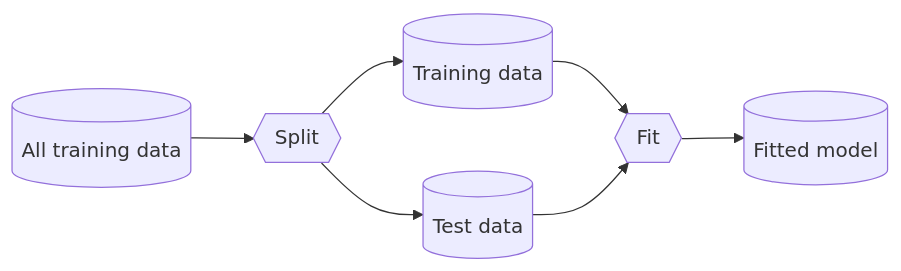
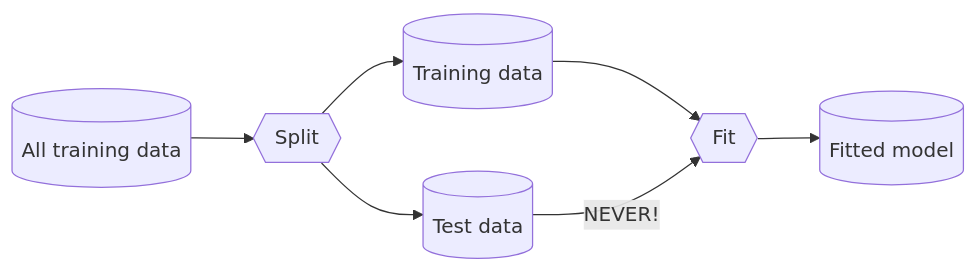
Before and after one commit to Calvin-Data-Science/data202: the second of 2 diagrams in units/09supervised-intro/w09-supervised.qmd, drawn with Mermaid. The commit also changed other lines of this file, not shown here.

````diff
--- a/units/09supervised-intro/w09-supervised.qmd
+++ b/units/09supervised-intro/w09-supervised.qmd
@@ -234,11 +201,11 @@
 ```{mermaid}
 %%| echo: false
 
 flowchart LR
     A1[("All training data")] --> B{{Split}}
     B --> A2[("Training data")]
     B --> A3[("Test data")]
     A2 --> C{{Fit}}
-    A3 --> C
+    A3 -->|NEVER!| C
     C --> D[("Fitted model")]
 ```
````
